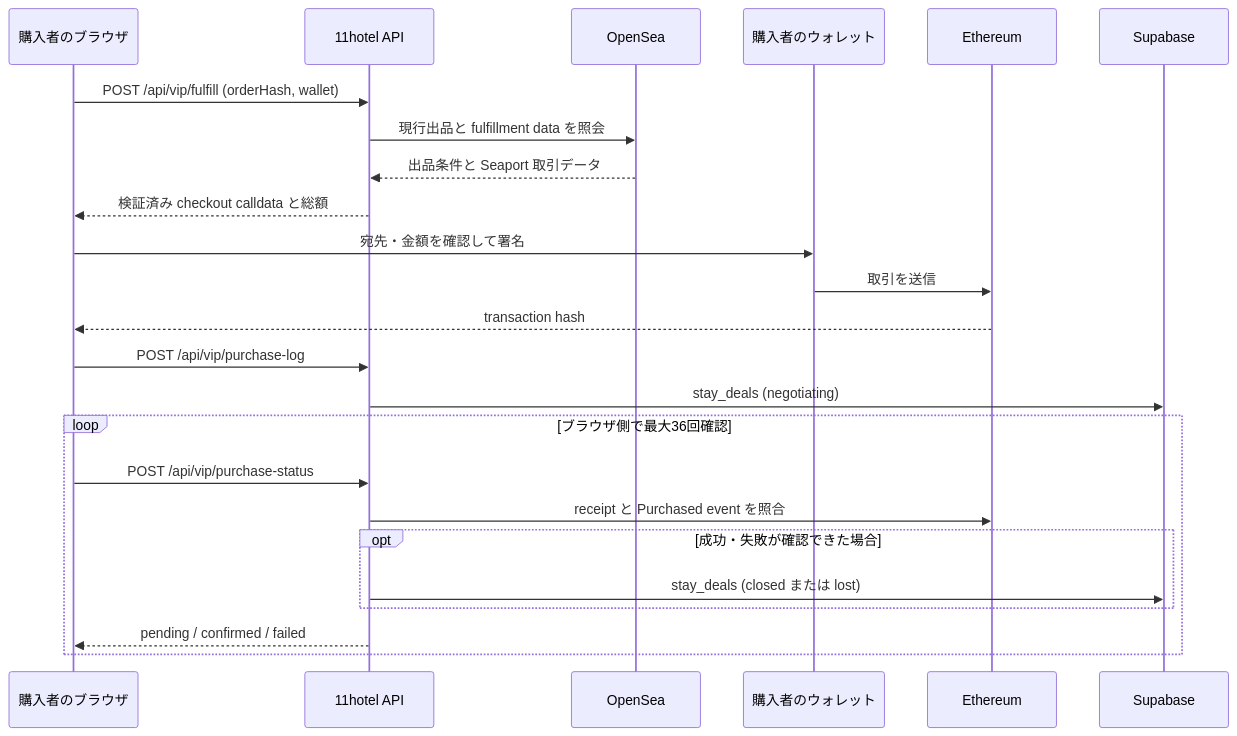
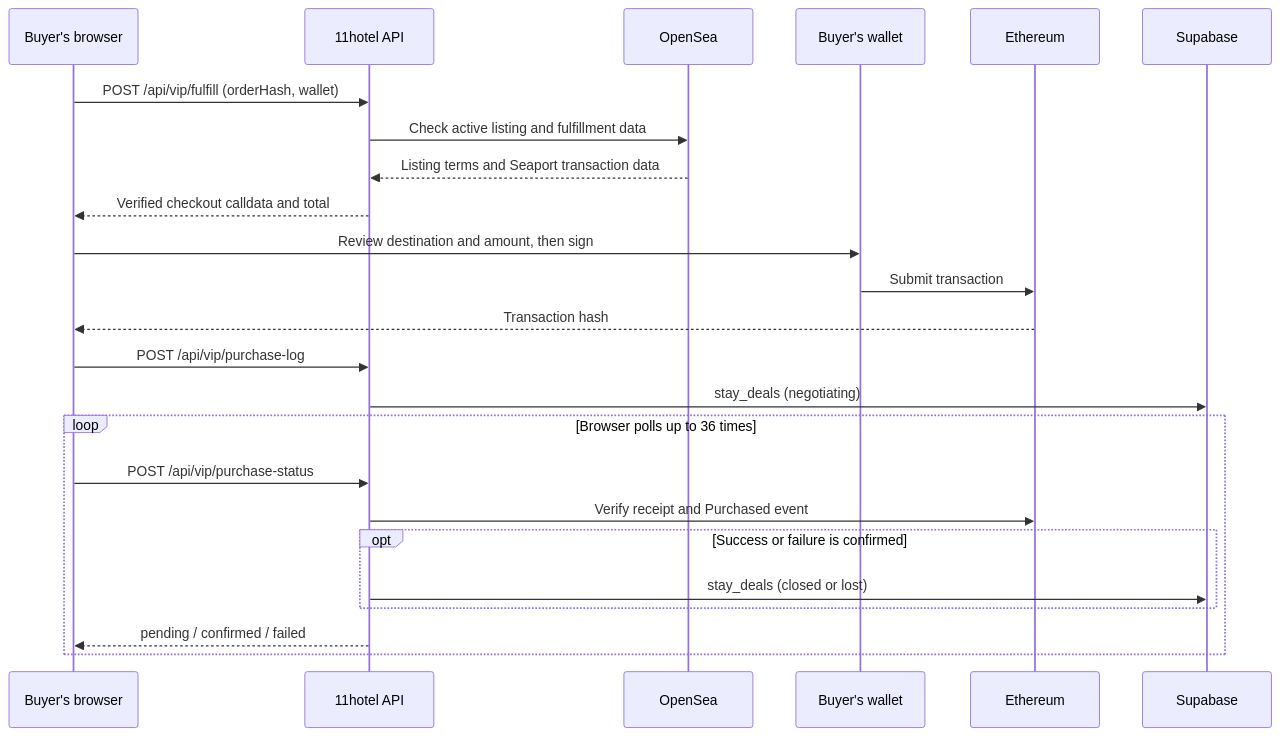
The second of 3 diagrams in README.md (k999ln/11hotel), drawn with Mermaid before and after one commit. The commit also changed other lines of this file, not shown here.

````diff
--- a/README.md
+++ b/README.md
@@ -109,27 +109,27 @@
 ```mermaid
 sequenceDiagram
-    participant B as 購入者のブラウザ
+    participant B as Buyer's browser
     participant A as 11hotel API
     participant O as OpenSea
-    participant W as 購入者のウォレット
+    participant W as Buyer's wallet
     participant E as Ethereum
     participant D as Supabase
 
     B->>A: POST /api/vip/fulfill (orderHash, wallet)
-    A->>O: 現行出品と fulfillment data を照会
-    O-->>A: 出品条件と Seaport 取引データ
-    A-->>B: 検証済み checkout calldata と総額
-    B->>W: 宛先・金額を確認して署名
-    W->>E: 取引を送信
-    E-->>B: transaction hash
+    A->>O: Check active listing and fulfillment data
+    O-->>A: Listing terms and Seaport transaction data
+    A-->>B: Verified checkout calldata and total
+    B->>W: Review destination and amount, then sign
+    W->>E: Submit transaction
+    E-->>B: Transaction hash
     B->>A: POST /api/vip/purchase-log
     A->>D: stay_deals (negotiating)
-    loop ブラウザ側で最大36回確認
+    loop Browser polls up to 36 times
         B->>A: POST /api/vip/purchase-status
-        A->>E: receipt と Purchased event を照合
-        opt 成功・失敗が確認できた場合
-            A->>D: stay_deals (closed または lost)
+        A->>E: Verify receipt and Purchased event
+        opt Success or failure is confirmed
+            A->>D: stay_deals (closed or lost)
         end
         A-->>B: pending / confirmed / failed
     end
 ```
````
